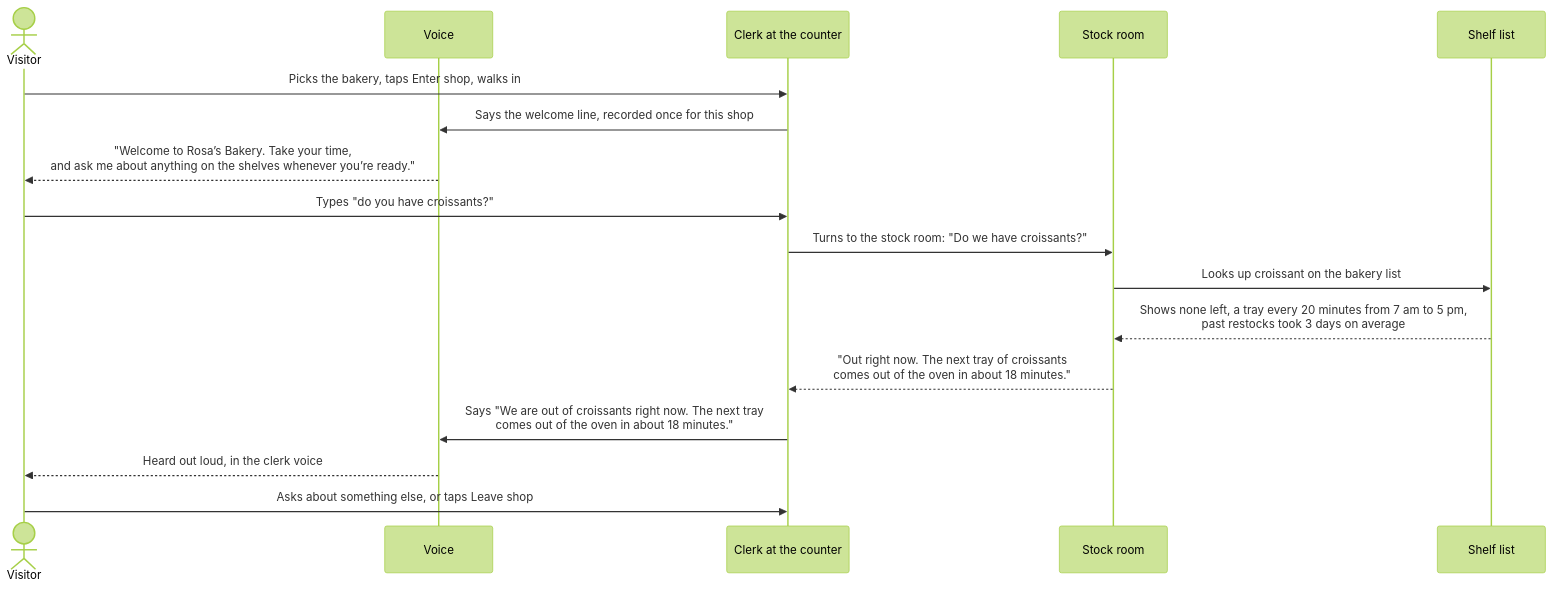
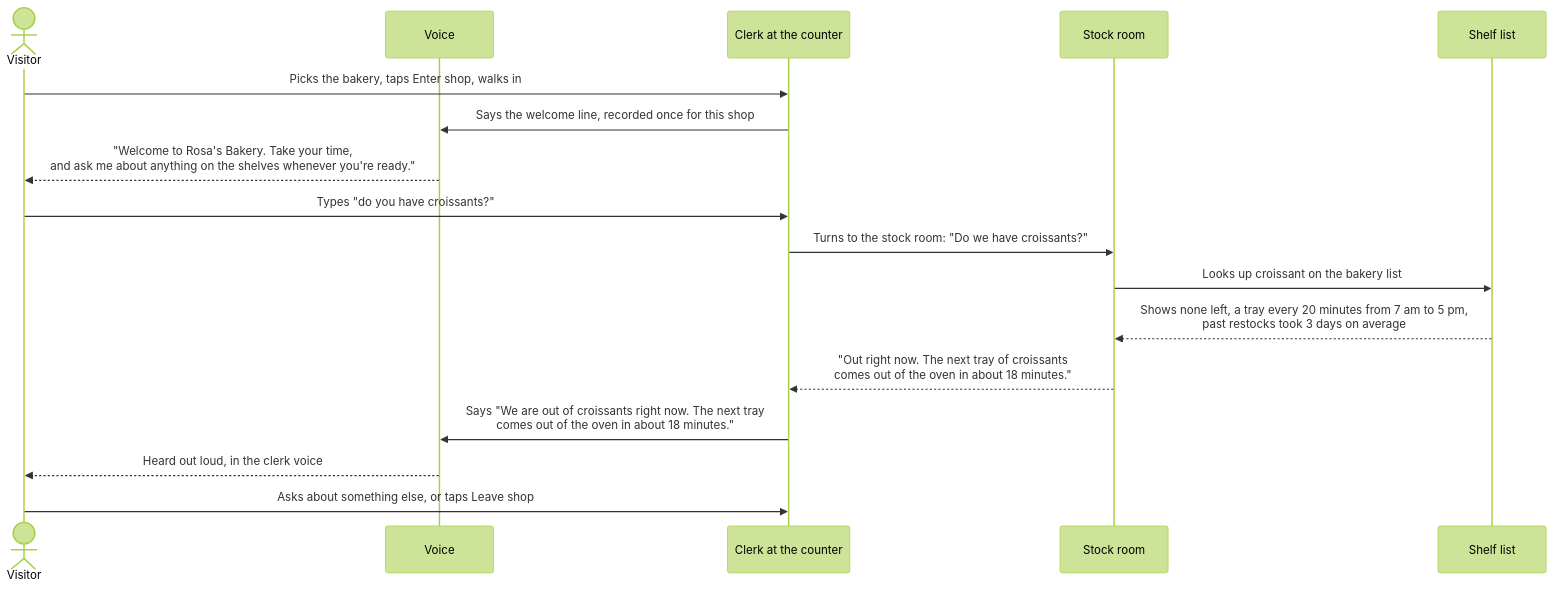
The first of 3 diagrams in docs/sequence.md (SergioB03/Peripie), drawn with Mermaid (forest theme) before and after one commit. The commit also changed other lines of this file and 3 other files, not shown here.

````diff
--- a/docs/sequence.md
+++ b/docs/sequence.md
@@ -9,19 +9,19 @@
 ```mermaid
 sequenceDiagram
     actor V as Visitor
     participant Vo as Voice
     participant C as Clerk at the counter
     participant S as Stock room
     participant L as Shelf list
     V->>C: Picks the bakery, taps Enter shop, walks in
     C->>Vo: Says the welcome line, recorded once for this shop
-    Vo-->>V: "Welcome to Rosa’s Bakery. Take your time,<br/>and ask me about anything on the shelves whenever you’re ready."
+    Vo-->>V: "Welcome to Rosa's Bakery. Take your time,<br/>and ask me about anything on the shelves whenever you're ready."
     V->>C: Types "do you have croissants?"
     C->>S: Turns to the stock room: "Do we have croissants?"
     S->>L: Looks up croissant on the bakery list
     L-->>S: Shows none left, a tray every 20 minutes from 7 am to 5 pm,<br/>past restocks took 3 days on average
     S-->>C: "Out right now. The next tray of croissants<br/>comes out of the oven in about 18 minutes."
     C->>Vo: Says "We are out of croissants right now. The next tray<br/>comes out of the oven in about 18 minutes."
     Vo-->>V: Heard out loud, in the clerk voice
     V->>C: Asks about something else, or taps Leave shop
 ```
````
